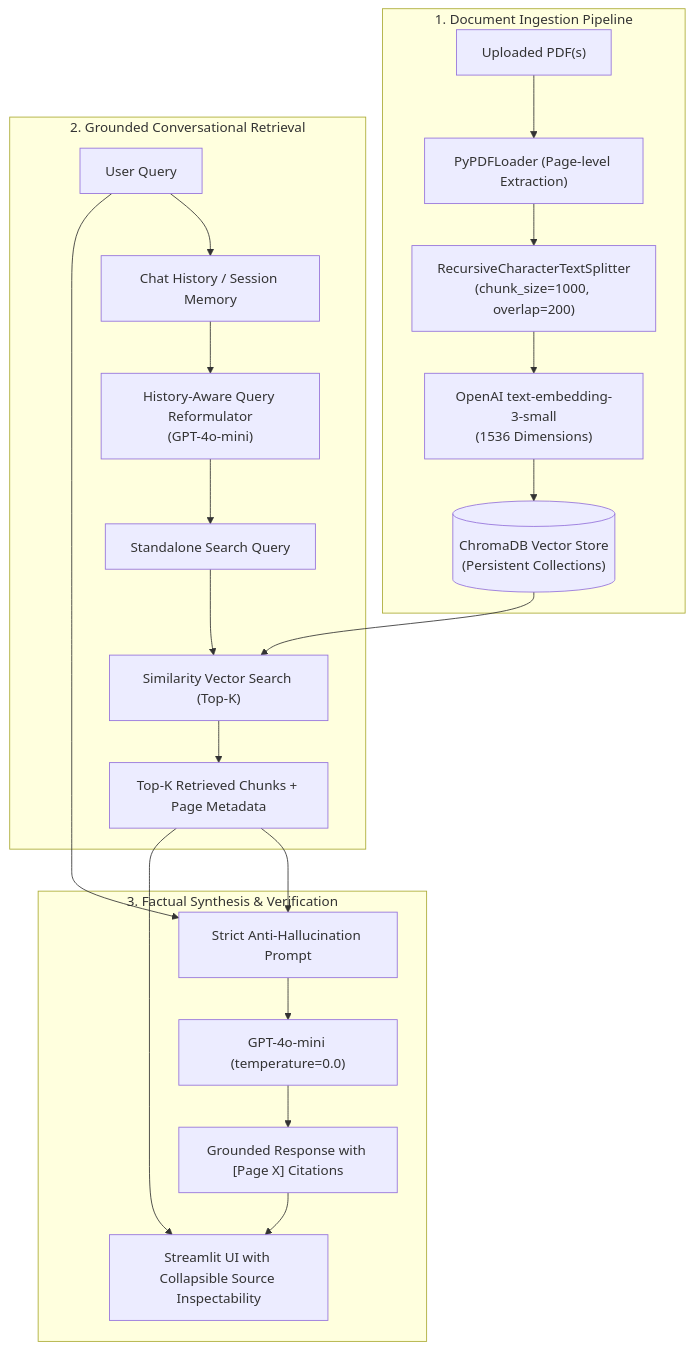
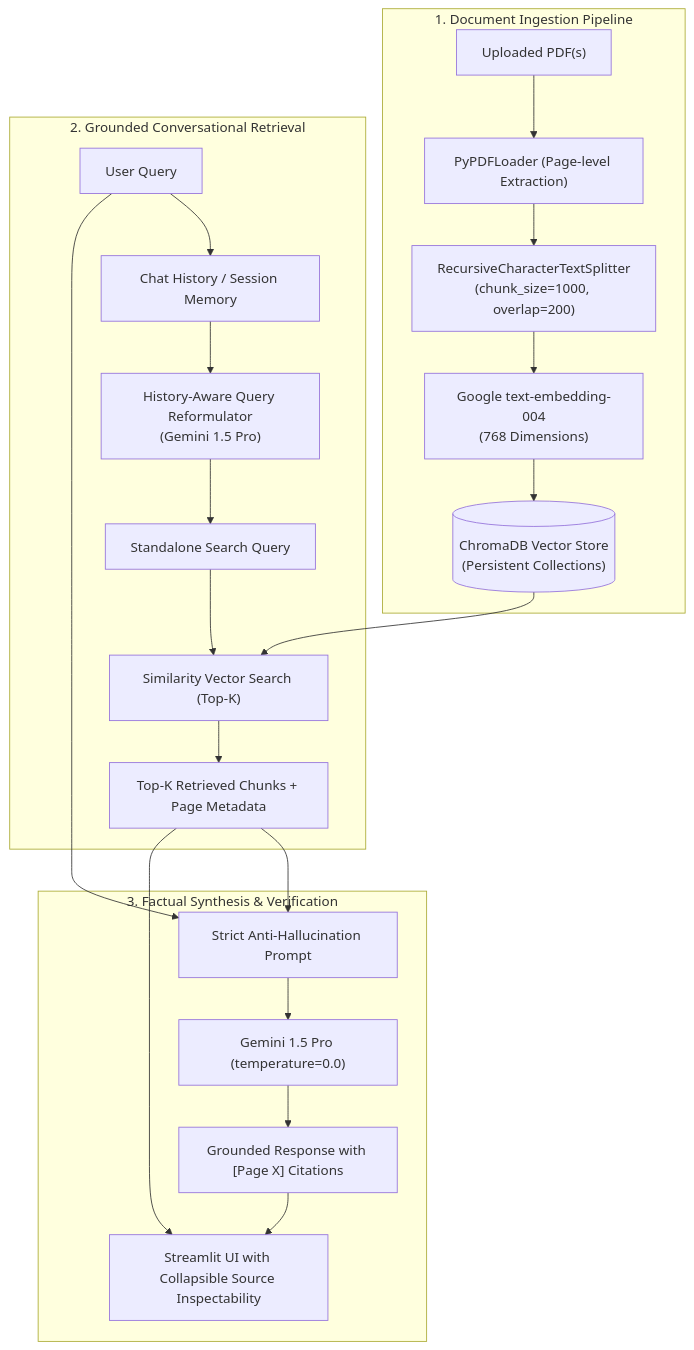
One commit to AppleDinger/Vidya changed the diagram in README.md. Above: the diagram before and after it, drawn with Mermaid. The commit also changed other lines of this file and 29 other files, not shown here.

````diff
--- a/README.md
+++ b/README.md
@@ -16,27 +16,27 @@
 ```mermaid
 flowchart TD
     subgraph Ingestion["1. Document Ingestion Pipeline"]
         PDF["Uploaded PDF(s)"] --> Loader["PyPDFLoader (Page-level Extraction)"]
         Loader --> Splitter["RecursiveCharacterTextSplitter\n(chunk_size=1000, overlap=200)"]
-        Splitter --> Embedder["OpenAI text-embedding-3-small\n(1536 Dimensions)"]
+        Splitter --> Embedder["Google text-embedding-004\n(768 Dimensions)"]
         Embedder --> Chroma[("ChromaDB Vector Store\n(Persistent Collections)")]
     end
 
     subgraph Retrieval["2. Grounded Conversational Retrieval"]
         UserQuery["User Query"] --> History["Chat History / Session Memory"]
-        History --> Reformulator["History-Aware Query Reformulator\n(GPT-4o-mini)"]
+        History --> Reformulator["History-Aware Query Reformulator\n(Gemini 1.5 Pro)"]
         Reformulator --> Standalone["Standalone Search Query"]
         Standalone --> Retriever["Similarity Vector Search (Top-K)"]
         Chroma --> Retriever
         Retriever --> Context["Top-K Retrieved Chunks + Page Metadata"]
     end
 
     subgraph Generation["3. Factual Synthesis & Verification"]
         Context --> Guardrails["Strict Anti-Hallucination Prompt"]
         UserQuery --> Guardrails
-        Guardrails --> LLM["GPT-4o-mini (temperature=0.0)"]
+        Guardrails --> LLM["Gemini 1.5 Pro (temperature=0.0)"]
         LLM --> Output["Grounded Response with [Page X] Citations"]
         Output --> UI["Streamlit UI with Collapsible Source Inspectability"]
         Context --> UI
     end
 ```
````
